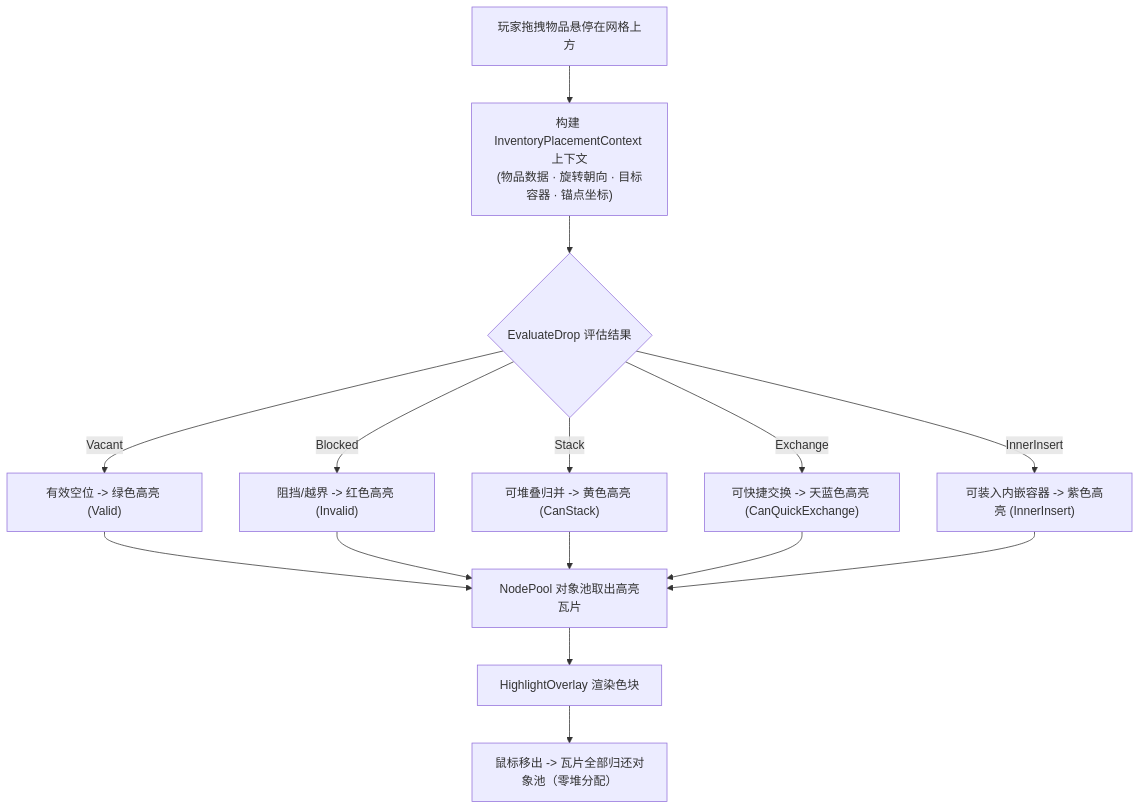
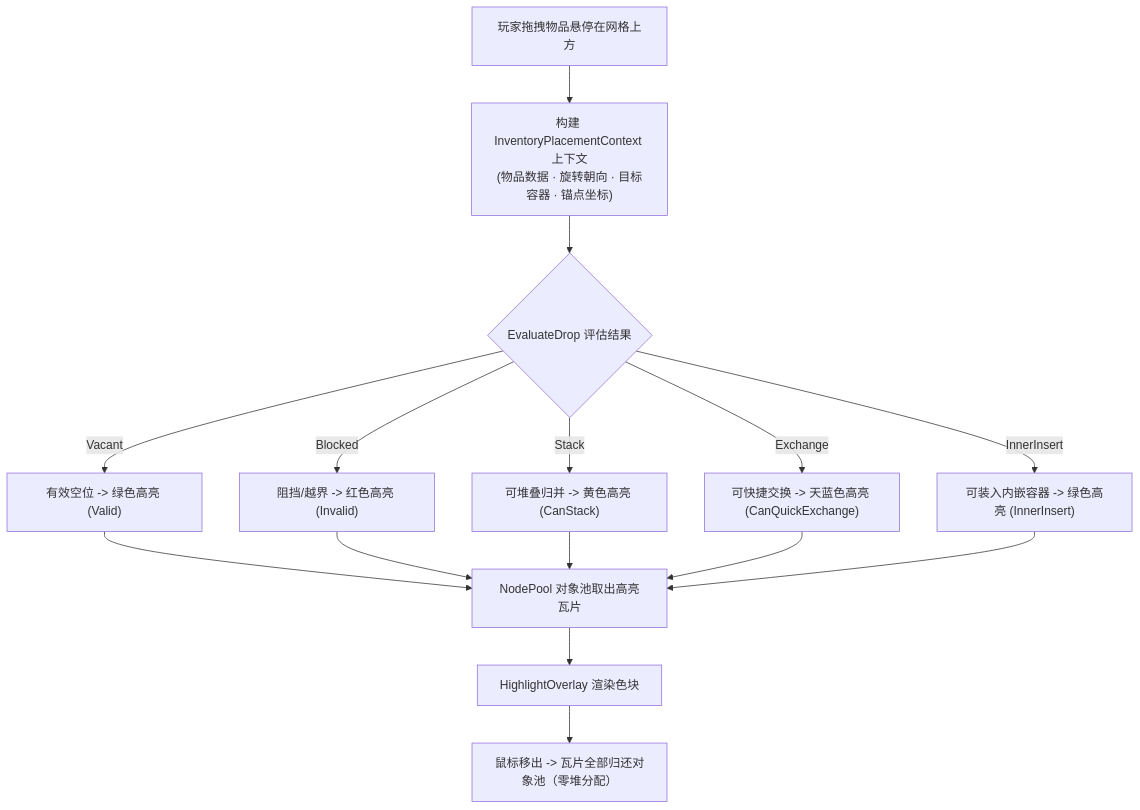
Before and after one commit to Cholopol/Cholopol-Tetris-Inventory-System: the eighth of 13 diagrams in README_CN.md, drawn with Mermaid. The commit also changed other lines of this file and 12 other files, not shown here.

````diff
--- a/README_CN.md
+++ b/README_CN.md
@@ -387,15 +412,15 @@
 ```mermaid
 flowchart TD
   Drag["玩家拖拽物品悬停在网格上方"] --> Context["构建 InventoryPlacementContext 上下文\n(物品数据 · 旋转朝向 · 目标容器 · 锚点坐标)"]
   Context --> Eval{"EvaluateDrop 评估结果"}
   
   Eval -->|Vacant| C1["有效空位 -> 绿色高亮 (Valid)"]
   Eval -->|Blocked| C2["阻挡/越界 -> 红色高亮 (Invalid)"]
   Eval -->|Stack| C3["可堆叠归并 -> 黄色高亮 (CanStack)"]
   Eval -->|Exchange| C4["可快捷交换 -> 天蓝色高亮 (CanQuickExchange)"]
-  Eval -->|InnerInsert| C5["可装入内嵌容器 -> 紫色高亮 (InnerInsert)"]
+  Eval -->|InnerInsert| C5["可装入内嵌容器 -> 绿色高亮 (InnerInsert)"]
 
   C1 & C2 & C3 & C4 & C5 --> Pool["NodePool 对象池取出高亮瓦片"]
   Pool --> Render["HighlightOverlay 渲染色块"]
   Render --> Clean["鼠标移出 -> 瓦片全部归还对象池（零堆分配）"]
 ```
````
